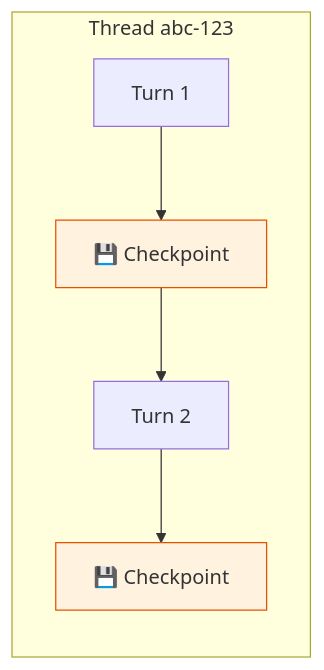
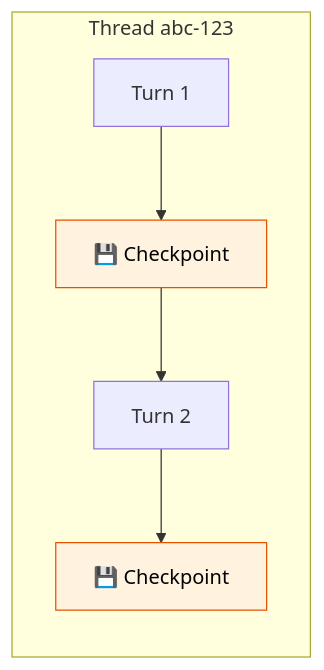
One commit to remolaan/Agentic-AI-Cookbook changed the diagram in 27_checkpointing_langgraph/README.md. Above: the diagram before and after it, drawn with Mermaid. The commit also changed 45 other files, not shown here.

Commit message:
Fix Mermaid diagram text colors for readability across all READMEs

````diff
--- a/27_checkpointing_langgraph/README.md
+++ b/27_checkpointing_langgraph/README.md
@@ -7,10 +7,10 @@
 ```mermaid
 flowchart LR
     subgraph "Thread abc-123"
         T1["Turn 1"] --> C1["💾 Checkpoint"]
         C1 --> T2["Turn 2"]
         T2 --> C2["💾 Checkpoint"]
     end
-    style C1 fill:#fff3e0,stroke:#e65100
-    style C2 fill:#fff3e0,stroke:#e65100
+    style C1 fill:#fff3e0,stroke:#e65100,color:#000000
+    style C2 fill:#fff3e0,stroke:#e65100,color:#000000
 ```
````
